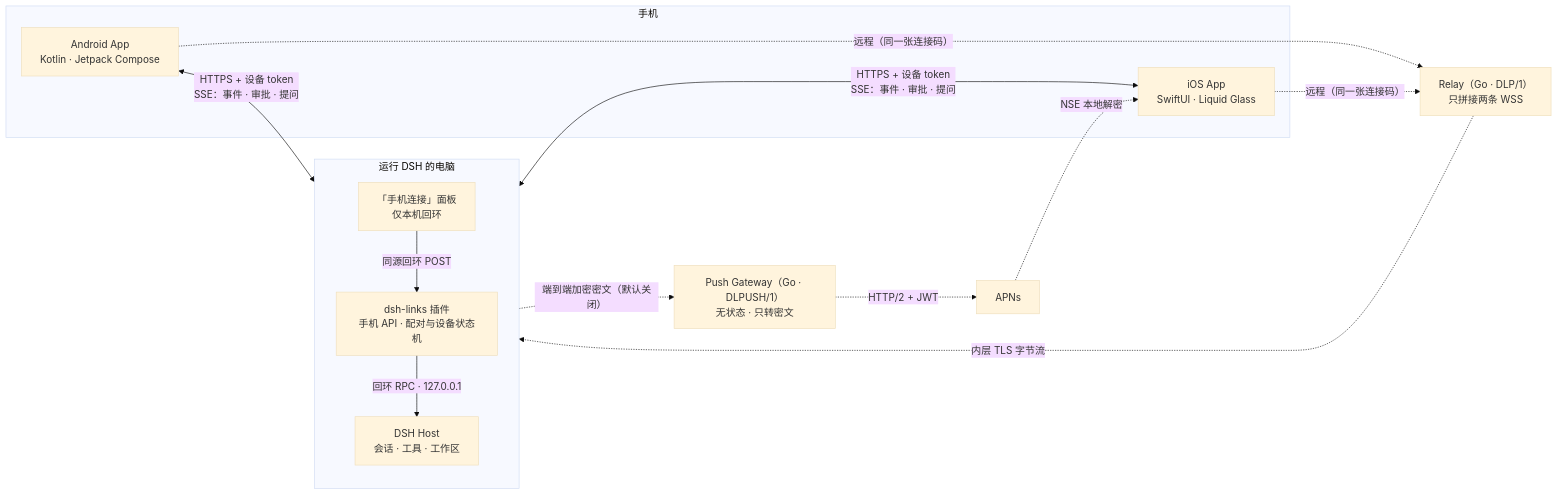
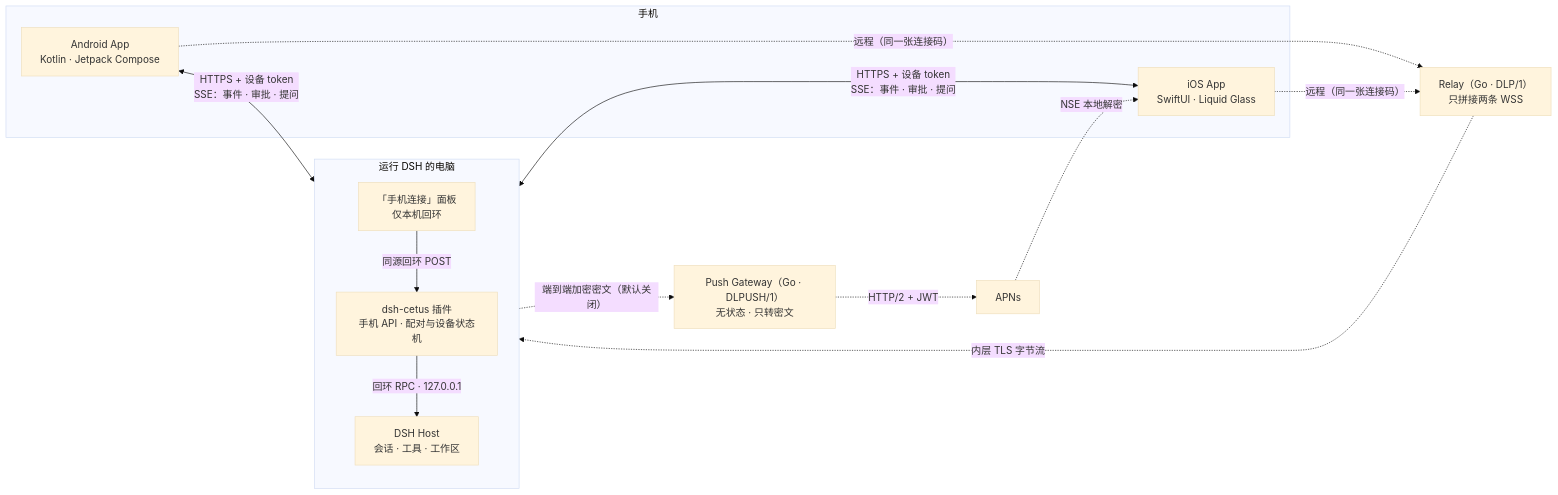
The diagram in README.md (lunaship/dsh-cetus), drawn with Mermaid (base theme) before and after one commit. The commit also changed other lines of this file and 17 other files, not shown here.

````diff
--- a/README.md
+++ b/README.md
@@ -207,29 +207,29 @@
 ```mermaid
 flowchart LR
     subgraph Phone ["手机"]
         AppA["Android App<br/>Kotlin · Jetpack Compose"]
         AppI["iOS App<br/>SwiftUI · Liquid Glass"]
     end
 
     subgraph Computer ["运行 DSH 的电脑"]
         direction TB
-        Plugin["dsh-links 插件<br/>手机 API · 配对与设备状态机"]
+        Plugin["dsh-cetus 插件<br/>手机 API · 配对与设备状态机"]
         Panel["「手机连接」面板<br/>仅本机回环"]
         Host["DSH Host<br/>会话 · 工具 · 工作区"]
     end
 
     Relay["Relay（Go · DLP/1）<br/>只拼接两条 WSS"]
     Push["Push Gateway（Go · DLPUSH/1）<br/>无状态 · 只转密文"]
     APNs["APNs"]
 
     AppA <-->|"HTTPS + 设备 token<br/>SSE：事件 · 审批 · 提问"| Plugin
     AppI <-->|"HTTPS + 设备 token<br/>SSE：事件 · 审批 · 提问"| Plugin
     Panel -->|"同源回环 POST"| Plugin
     Plugin -->|"回环 RPC · 127.0.0.1"| Host
     AppA -.->|"远程（同一张连接码）"| Relay
     AppI -.->|"远程（同一张连接码）"| Relay
     Relay -.->|"内层 TLS 字节流"| Plugin
     Plugin -.->|"端到端加密密文（默认关闭）"| Push
     Push -.->|"HTTP/2 + JWT"| APNs
     APNs -.->|"NSE 本地解密"| AppI
 ```
````
